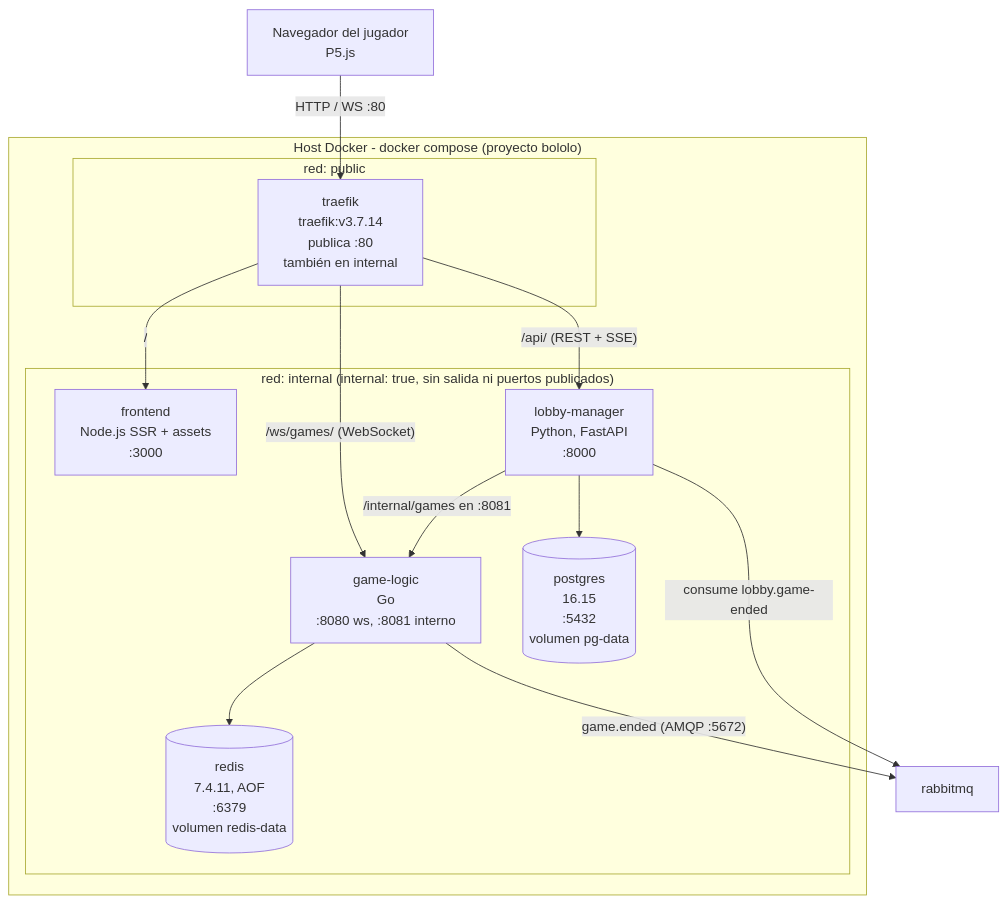
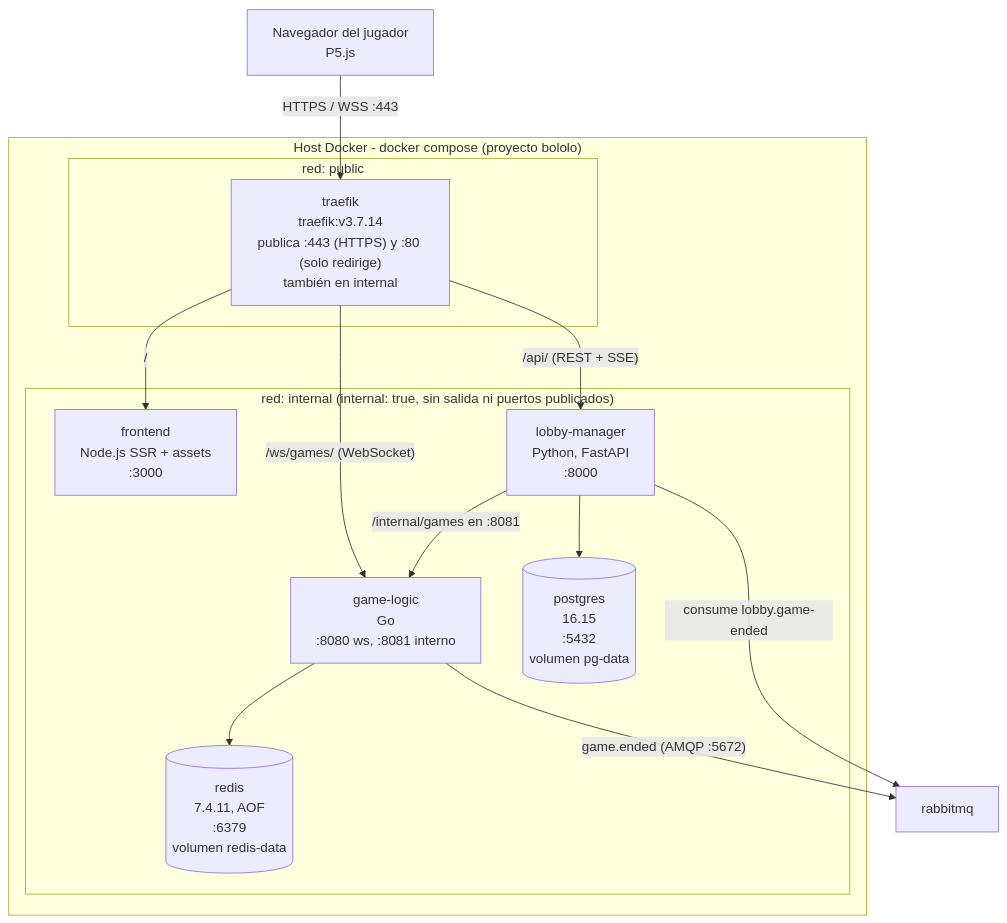
Before and after one commit to soetgdeznsgk/ArchSoft-Group1F: the diagram in docs/deployment.md, drawn with Mermaid. The commit also changed other lines of this file and 31 other files, not shown here.

````diff
--- a/docs/deployment.md
+++ b/docs/deployment.md
@@ -55,27 +55,27 @@
 ```mermaid
 flowchart TB
     U["Navegador del jugador<br/>P5.js"]
 
     subgraph HOST["Host Docker - docker compose (proyecto bololo)"]
         subgraph PUB["red: public"]
-            TR["traefik<br/>traefik:v3.7.14<br/>publica :80<br/>también en internal"]
+            TR["traefik<br/>traefik:v3.7.14<br/>publica :443 (HTTPS) y :80 (solo redirige)<br/>también en internal"]
         end
         subgraph INT["red: internal (internal: true, sin salida ni puertos publicados)"]
             FE["frontend<br/>Node.js SSR + assets<br/>:3000"]
             LM["lobby-manager<br/>Python, FastAPI<br/>:8000"]
             GL["game-logic<br/>Go<br/>:8080 ws, :8081 interno"]
             PG[("postgres<br/>16.15<br/>:5432<br/>volumen pg-data")]
             RD[("redis<br/>7.4.11, AOF<br/>:6379<br/>volumen redis-data")]
         end
     end
 
-    U -->|"HTTP / WS :80"| TR
+    U -->|"HTTPS / WSS :443"| TR
     TR -->|"/"| FE
     TR -->|"/api/ (REST + SSE)"| LM
     TR -->|"/ws/games/ (WebSocket)"| GL
     LM -->|"/internal/games en :8081"| GL
     GL -->|"game.ended (AMQP :5672)"| MQ["rabbitmq"]
     LM -->|"consume lobby.game-ended"| MQ
     LM --> PG
     GL --> RD
 ```
````
